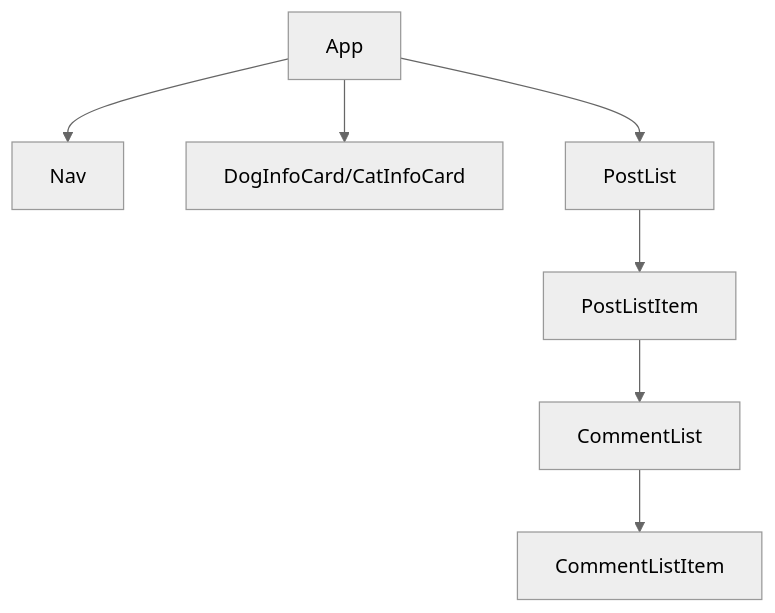
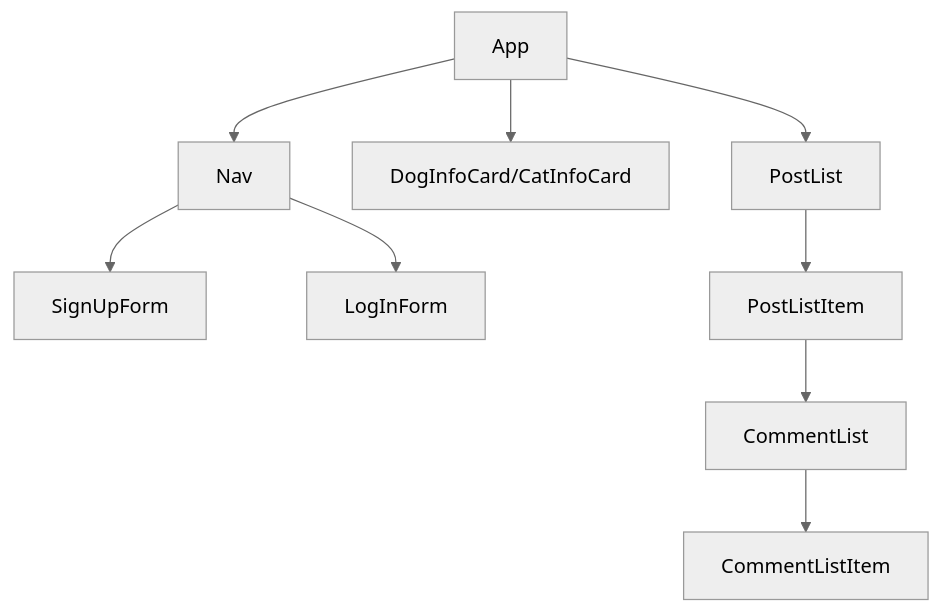
One commit to briant1312/pets-frontend changed the diagram in README.md. Above: the diagram before and after it, drawn with Mermaid (neutral theme).

````diff
--- a/README.md
+++ b/README.md
@@ -27,10 +27,12 @@
 ```mermaid
 flowchart TD
 
     App --> Nav
+    Nav --> SignUpForm
+    Nav --> LogInForm
     App --> DogInfoCard/CatInfoCard
     App --> PostList
     PostList --> PostListItem
     PostListItem --> CommentList
     CommentList --> CommentListItem
 ```
````
